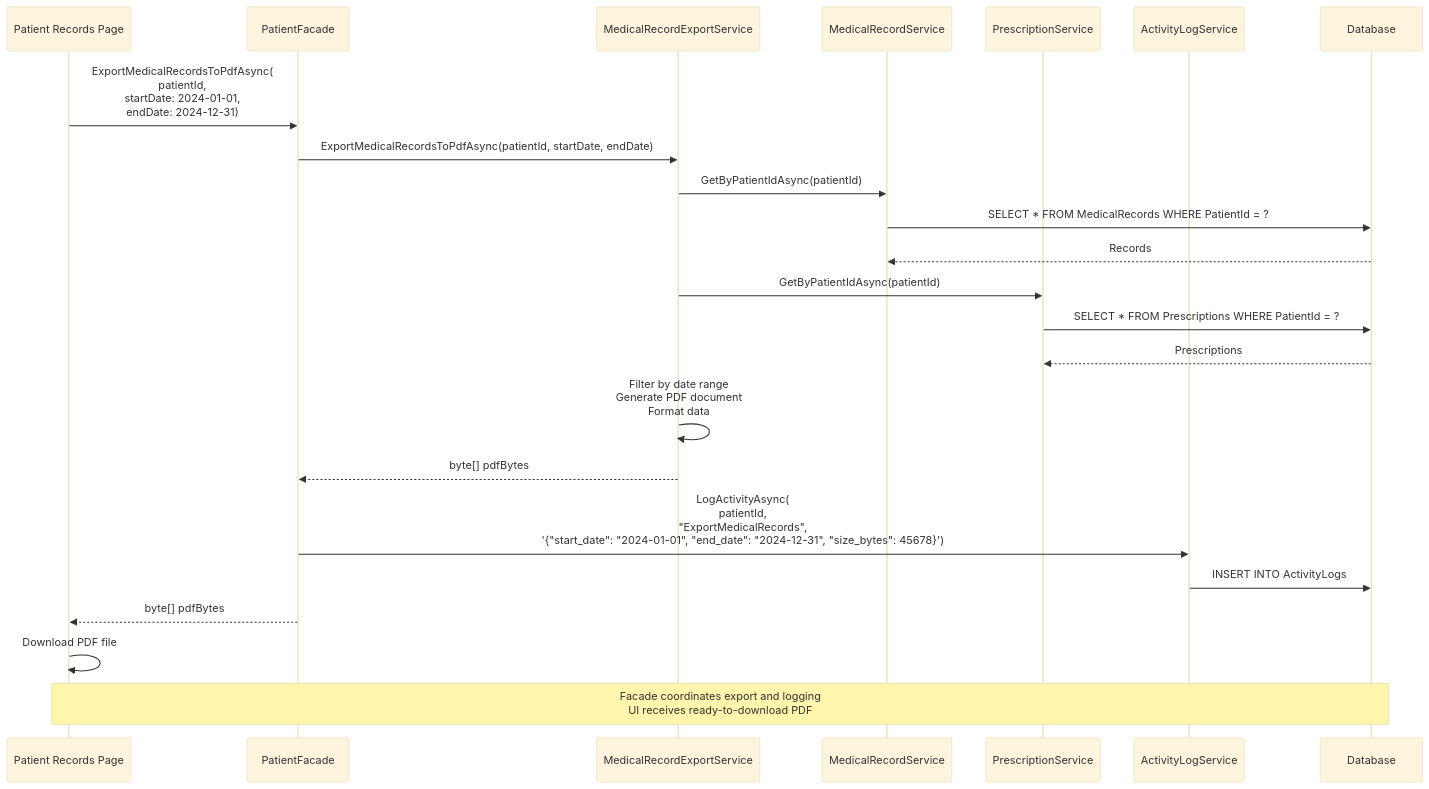
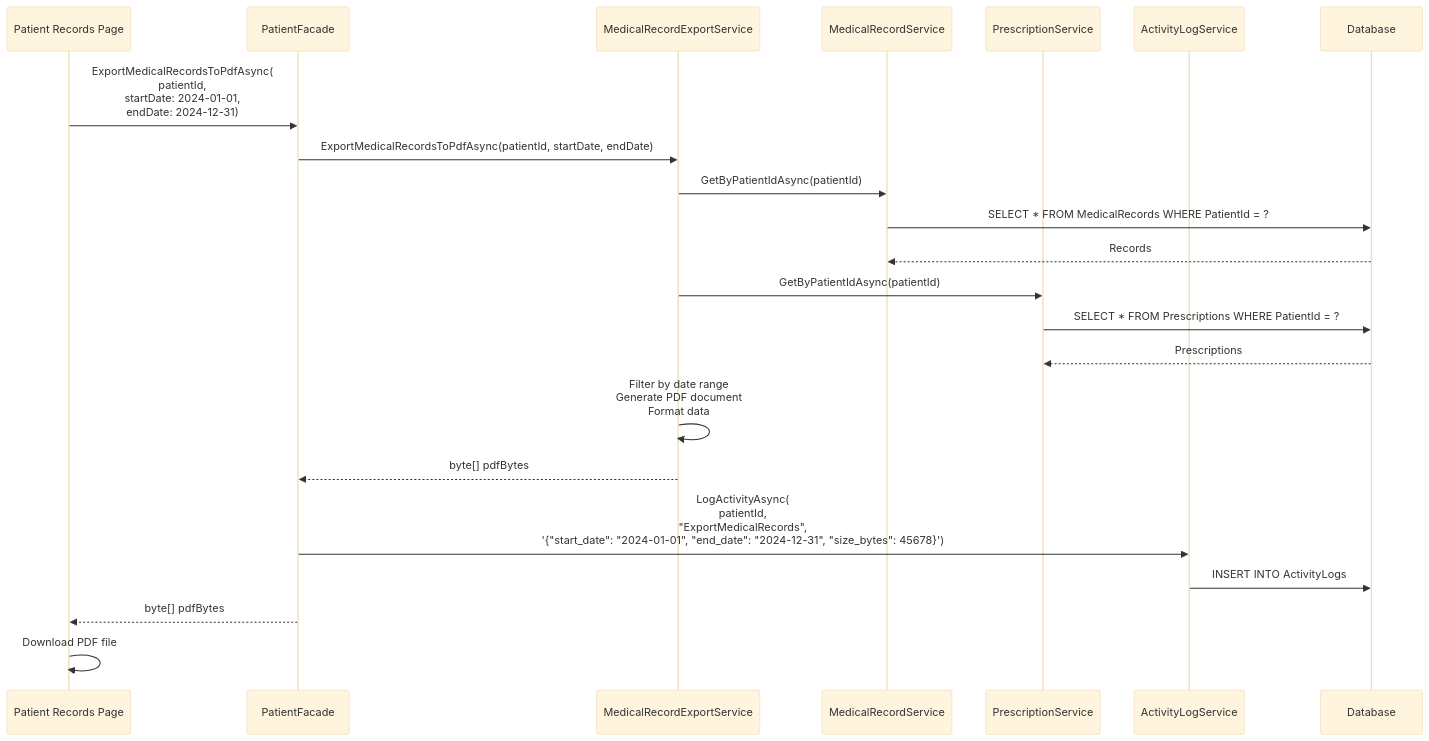
Before and after one commit to WeiXuan-C/ai-clinic: the sixth of 12 diagrams in DESIGN_PATTERNS_PROFESSIONAL.md, drawn with Mermaid (base theme). The commit also changed other lines of this file, not shown here.

````diff
--- a/DESIGN_PATTERNS_PROFESSIONAL.md
+++ b/DESIGN_PATTERNS_PROFESSIONAL.md
@@ -470,35 +538,33 @@
 ```mermaid
 sequenceDiagram
     participant UI as Patient Records Page
     participant Facade as PatientFacade
     participant ExportSvc as MedicalRecordExportService
     participant RecordSvc as MedicalRecordService
     participant PrescSvc as PrescriptionService
     participant LogSvc as ActivityLogService
     participant DB as Database
     
     UI->>Facade: ExportMedicalRecordsToPdfAsync(<br/>patientId,<br/>startDate: 2024-01-01,<br/>endDate: 2024-12-31)
     
     Facade->>ExportSvc: ExportMedicalRecordsToPdfAsync(patientId, startDate, endDate)
     
     ExportSvc->>RecordSvc: GetByPatientIdAsync(patientId)
     RecordSvc->>DB: SELECT * FROM MedicalRecords WHERE PatientId = ?
     DB-->>RecordSvc: Records
     
     ExportSvc->>PrescSvc: GetByPatientIdAsync(patientId)
     PrescSvc->>DB: SELECT * FROM Prescriptions WHERE PatientId = ?
     DB-->>PrescSvc: Prescriptions
     
     ExportSvc->>ExportSvc: Filter by date range<br/>Generate PDF document<br/>Format data
     
     ExportSvc-->>Facade: byte[] pdfBytes
     
     Facade->>LogSvc: LogActivityAsync(<br/>patientId,<br/>"ExportMedicalRecords",<br/>'{"start_date": "2024-01-01", "end_date": "2024-12-31", "size_bytes": 45678}')
     LogSvc->>DB: INSERT INTO ActivityLogs
     
     Facade-->>UI: byte[] pdfBytes
     
     UI->>UI: Download PDF file
-    
-    Note over UI,DB: Facade coordinates export and logging<br/>UI receives ready-to-download PDF
 ```
````
